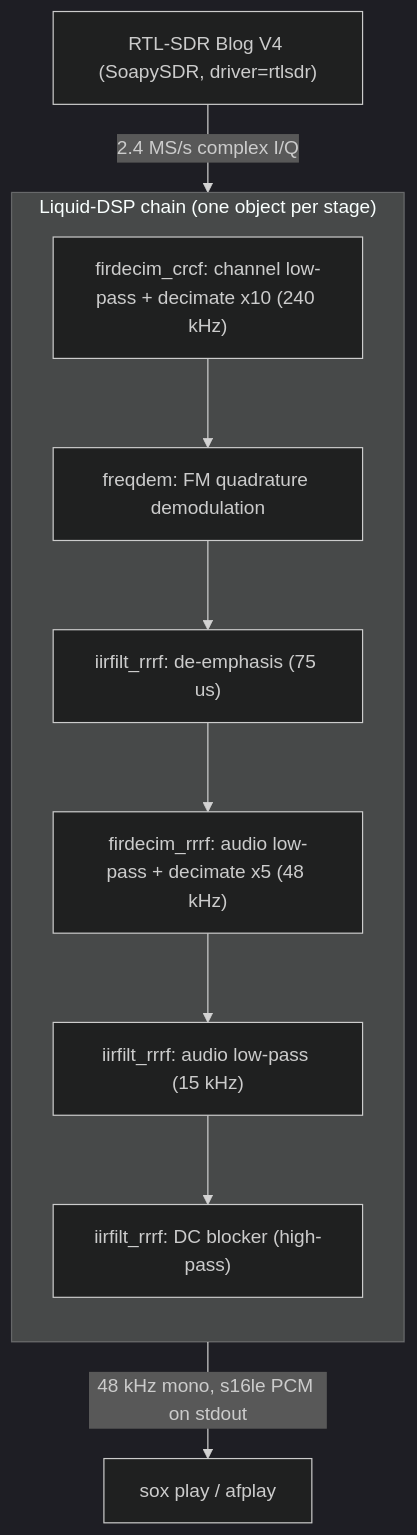
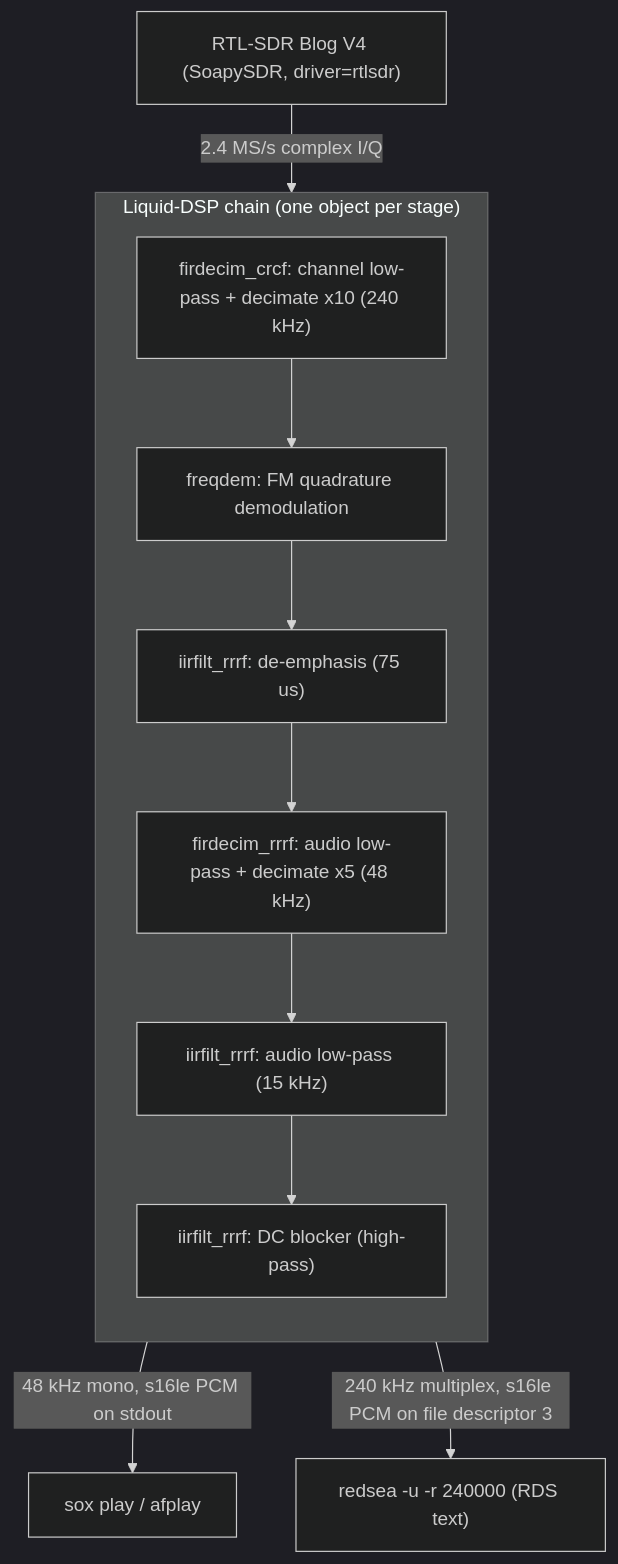
Before and after one commit to hongbo-miao/hongbomiao.com: the diagram in wireless/software-defined-radio/liquid-dsp-receiver/README.md, drawn with Mermaid (dark theme). The commit also changed 8 other files, not shown here.

````diff
--- a/wireless/software-defined-radio/liquid-dsp-receiver/README.md
+++ b/wireless/software-defined-radio/liquid-dsp-receiver/README.md
@@ -5,17 +5,18 @@
 ```mermaid
 flowchart TD
   Dongle["RTL-SDR Blog V4 (SoapySDR, driver=rtlsdr)"] -->|"2.4 MS/s complex I/Q"| Channel
 
   subgraph Liquid["Liquid-DSP chain (one object per stage)"]
     direction TB
     Channel["firdecim_crcf: channel low-pass + decimate x10 (240 kHz)"]
     Demod["freqdem: FM quadrature demodulation"]
     Deemph["iirfilt_rrrf: de-emphasis (75 us)"]
     AudioDecim["firdecim_rrrf: audio low-pass + decimate x5 (48 kHz)"]
     AudioLowpass["iirfilt_rrrf: audio low-pass (15 kHz)"]
     DcBlock["iirfilt_rrrf: DC blocker (high-pass)"]
     Channel --> Demod --> Deemph --> AudioDecim --> AudioLowpass --> DcBlock
   end
 
   DcBlock -->|"48 kHz mono, s16le PCM on stdout"| Player["sox play / afplay"]
+  Demod -->|"240 kHz multiplex, s16le PCM on file descriptor 3"| Redsea["redsea -u -r 240000 (RDS text)"]
 ```
````
